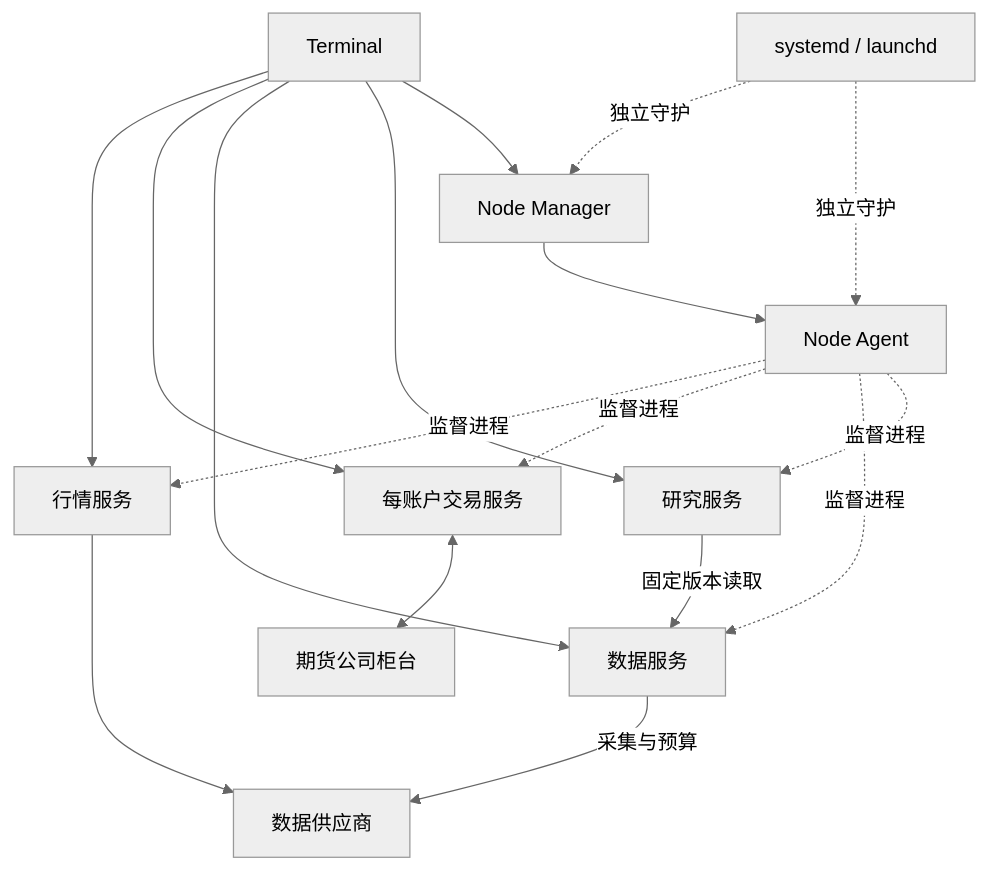
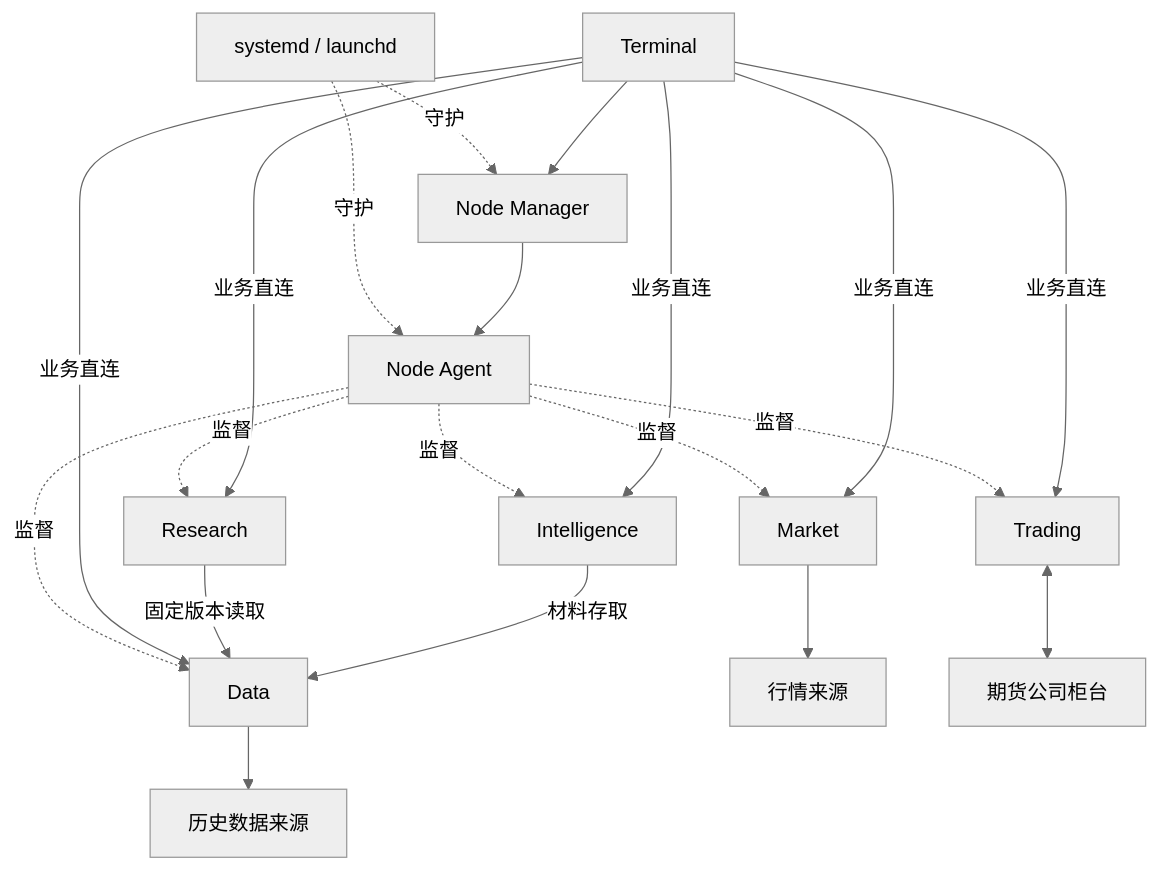
One commit to isqiwen/asterion-terminal changed the second of 2 diagrams in docs/architecture.md. Above: the diagram before and after it, drawn with Mermaid (neutral theme). The commit also changed other lines of this file and 145 other files, not shown here.

````diff
--- a/docs/architecture.md
+++ b/docs/architecture.md
@@ -144,19 +42,14 @@
 ```mermaid
 flowchart TB
-  Terminal[Terminal] --> Market[行情服务]
-  Terminal --> Trading[每账户交易服务]
-  Terminal --> Data[数据服务]
-  Terminal --> Research[研究服务]
-  Terminal --> Manager[Node Manager]
-  Manager --> Agent[Node Agent]
-  OS[systemd / launchd] -.独立守护.-> Manager
-  OS -.独立守护.-> Agent
-  Agent -.监督进程.-> Market
-  Agent -.监督进程.-> Trading
-  Agent -.监督进程.-> Data
-  Agent -.监督进程.-> Research
+  OS[systemd / launchd] -.守护.-> Manager[Node Manager]
+  OS -.守护.-> Agent[Node Agent]
+  Terminal --> Manager
+  Manager --> Agent
+  Agent -.监督.-> Market & Data & Research & Intelligence & Trading
+  Terminal -->|业务直连| Market & Data & Research & Intelligence & Trading
   Research -->|固定版本读取| Data
-  Market --> Provider[数据供应商]
-  Data -->|采集与预算| Provider
+  Intelligence -->|材料存取| Data
+  Market --> Provider[行情来源]
+  Data --> Provider2[历史数据来源]
   Trading <--> Broker[期货公司柜台]
 ```
````
